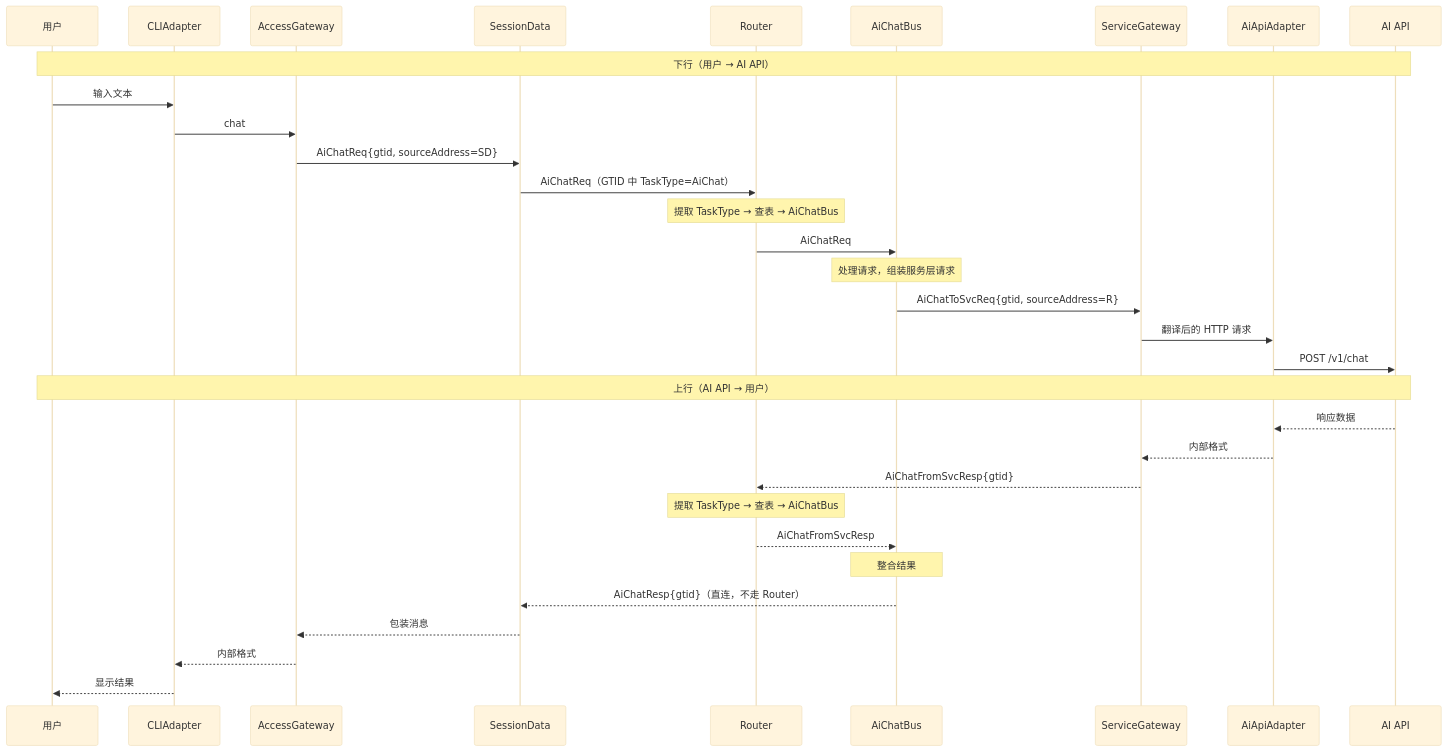
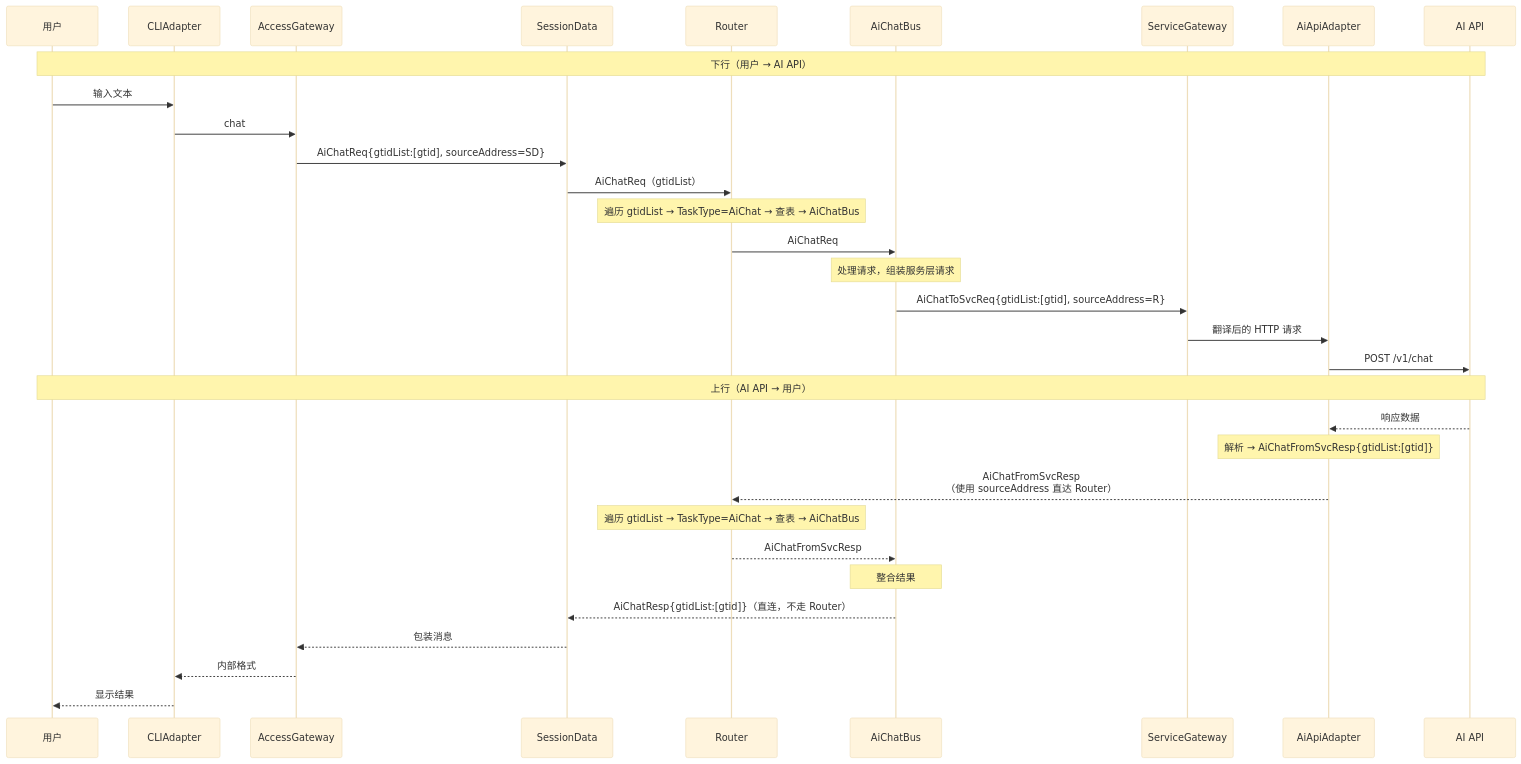
One commit to yun-qilong/flow_hub changed the third of 4 diagrams in README.md. Above: the diagram before and after it, drawn with Mermaid (base theme). The commit also changed other lines of this file and 3 other files, not shown here.

First line of the commit message:
[Doc]Refine Service Layer architecture and message header design

````diff
--- a/README.md
+++ b/README.md
@@ -310,38 +304,38 @@
 ```mermaid
 sequenceDiagram
     participant User as 用户
     participant CLI as CLIAdapter
     participant AG as AccessGateway
     participant SD as SessionData
     participant R as Router
     participant AI as AiChatBus
     participant SG as ServiceGateway
     participant ApiAd as AiApiAdapter
     participant ExtAPI as AI API
 
     Note over User,ExtAPI: 下行（用户 → AI API）
 
     User->>CLI: 输入文本
     CLI->>AG: chat
-    AG->>SD: AiChatReq{gtid, sourceAddress=SD}
-    SD->>R: AiChatReq（GTID 中 TaskType=AiChat）
-    Note over R: 提取 TaskType → 查表 → AiChatBus
+    AG->>SD: AiChatReq{gtidList:[gtid], sourceAddress=SD}
+    SD->>R: AiChatReq（gtidList）
+    Note over R: 遍历 gtidList → TaskType=AiChat → 查表 → AiChatBus
     R->>AI: AiChatReq
     Note over AI: 处理请求，组装服务层请求
-    AI->>SG: AiChatToSvcReq{gtid, sourceAddress=R}
+    AI->>SG: AiChatToSvcReq{gtidList:[gtid], sourceAddress=R}
     SG->>ApiAd: 翻译后的 HTTP 请求
     ApiAd->>ExtAPI: POST /v1/chat
 
     Note over User,ExtAPI: 上行（AI API → 用户）
 
     ExtAPI-->>ApiAd: 响应数据
-    ApiAd-->>SG: 内部格式
-    SG-->>R: AiChatFromSvcResp{gtid}
-    Note over R: 提取 TaskType → 查表 → AiChatBus
+    Note over ApiAd: 解析 → AiChatFromSvcResp{gtidList:[gtid]}
+    ApiAd-->>R: AiChatFromSvcResp<br/>（使用 sourceAddress 直达 Router）
+    Note over R: 遍历 gtidList → TaskType=AiChat → 查表 → AiChatBus
     R-->>AI: AiChatFromSvcResp
     Note over AI: 整合结果
-    AI-->>SD: AiChatResp{gtid}（直连，不走 Router）
+    AI-->>SD: AiChatResp{gtidList:[gtid]}（直连，不走 Router）
     SD-->>AG: 包装消息
     AG-->>CLI: 内部格式
     CLI-->>User: 显示结果
 ```
````
